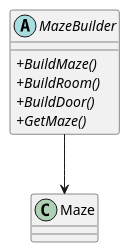
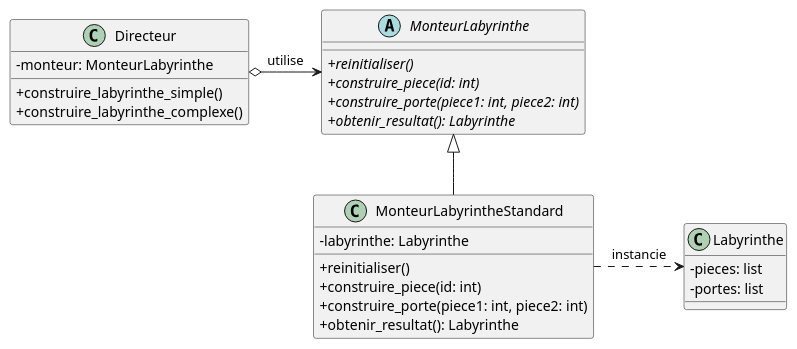
Before and after one commit to profdenis/3n1_doc: the first of 3 diagrams in docs/section6/04_creation2.md, drawn with PlantUML. The commit also changed other lines of this file and 39 other files, not shown here.

````diff
--- a/docs/section6/04_creation2.md
+++ b/docs/section6/04_creation2.md
@@ -29,16 +38,35 @@
-```uml
+```puml
 @startuml
 skinparam classAttributeIconSize 0
 
-abstract MazeBuilder {
-  +{abstract} BuildMaze()
-  +{abstract} BuildRoom()
-  +{abstract} BuildDoor()
-  +{abstract} GetMaze()
+class Directeur {
+  -monteur: MonteurLabyrinthe
+  +construire_labyrinthe_simple()
+  +construire_labyrinthe_complexe()
 }
 
-class Maze {
+abstract class MonteurLabyrinthe {
+  +{abstract} reinitialiser()
+  +{abstract} construire_piece(id: int)
+  +{abstract} construire_porte(piece1: int, piece2: int)
+  +{abstract} obtenir_resultat(): Labyrinthe
 }
-MazeBuilder --> Maze
+
+class MonteurLabyrintheStandard {
+  -labyrinthe: Labyrinthe
+  +reinitialiser()
+  +construire_piece(id: int)
+  +construire_porte(piece1: int, piece2: int)
+  +obtenir_resultat(): Labyrinthe
+}
+
+class Labyrinthe {
+  -pieces: list
+  -portes: list
+}
+
+Directeur o-> MonteurLabyrinthe : utilise
+MonteurLabyrinthe <|-- MonteurLabyrintheStandard
+MonteurLabyrintheStandard .> Labyrinthe : instancie
 @enduml
 ```
````
